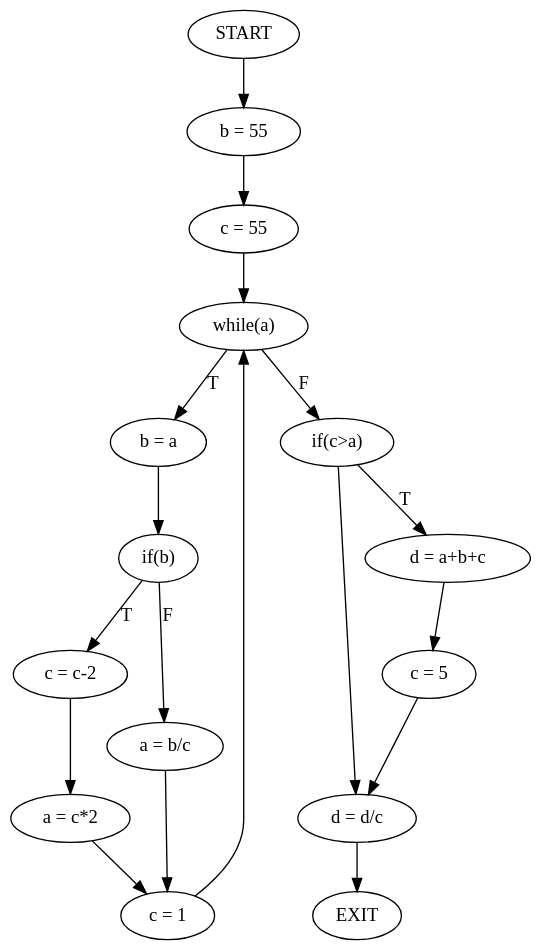
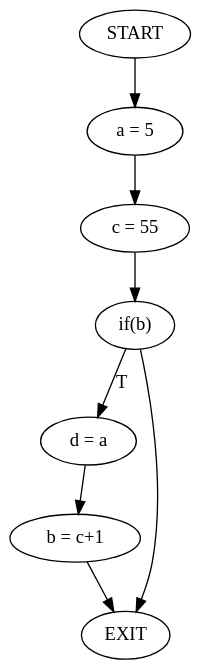
The diagram in ATS/Fichas/Cmb/Gramatica/output/cfg.gv (MiguelCosta/EngenhariaDeLinguagens), drawn with Graphviz before and after one commit. The commit also changed 9 other files, not shown here.

```diff
--- a/ATS/Fichas/Cmb/Gramatica/output/cfg.gv
+++ b/ATS/Fichas/Cmb/Gramatica/output/cfg.gv
@@ -1,20 +1,10 @@
 digraph mainmap {
 graph [bgcolor=transparent];
-"START" -> "b = 55";
-	"b = 55" -> "c = 55";
-	"c = 55" -> "while(a)";
-	"while(a)" -> "b = a"[label="T"];
-	"while(a)" -> "if(c>a)"[label="F"];
-	"b = a" -> "if(b)";
-	"if(b)" -> "c = c-2"[label="T"];
-	"if(b)" -> "a = b/c"[label="F"];
-	"c = c-2" -> "a = c*2";
-	"a = c*2" -> "c = 1";
-	"a = b/c" -> "c = 1";
-	"c = 1" -> "while(a)";
-	"if(c>a)" -> "d = a+b+c"[label="T"];
-	"if(c>a)" -> "d = d/c";
-	"d = a+b+c" -> "c = 5";
-	"c = 5" -> "d = d/c";
-	"d = d/c" -> "EXIT";
+"START" -> "a = 5";
+	"a = 5" -> "c = 55";
+	"c = 55" -> "if(b)";
+	"if(b)" -> "d = a"[label="T"];
+	"if(b)" -> "EXIT";
+	"d = a" -> "b = c+1";
+	"b = c+1" -> "EXIT";
 	}
```
